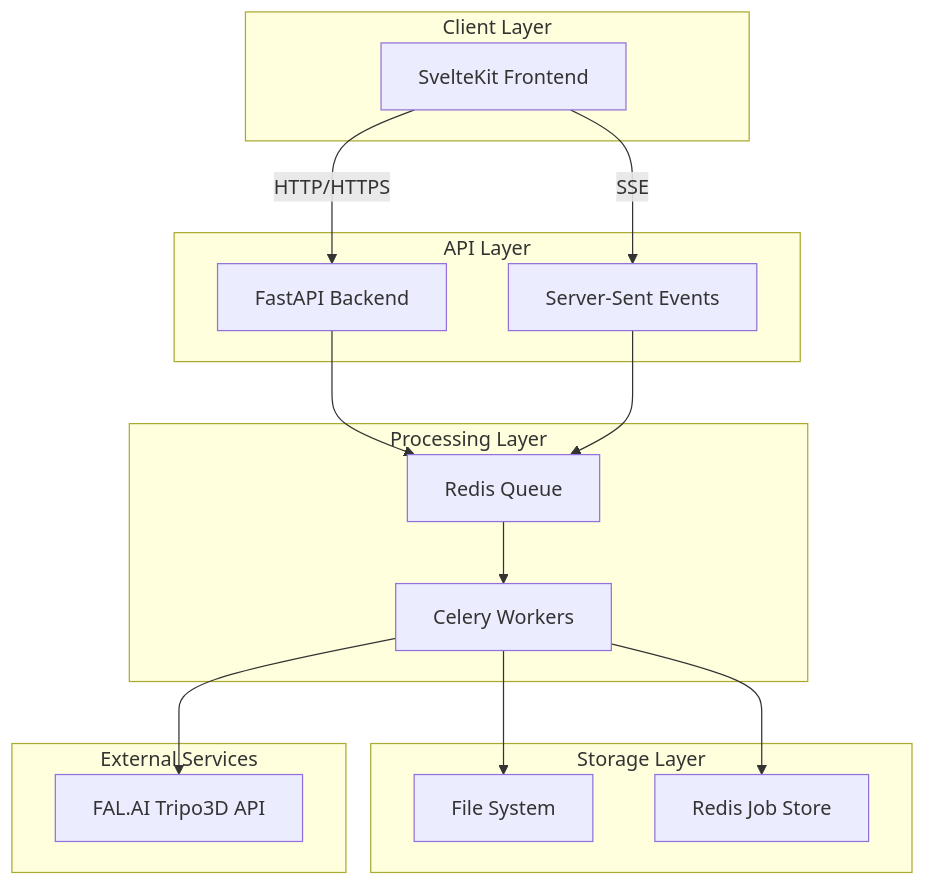
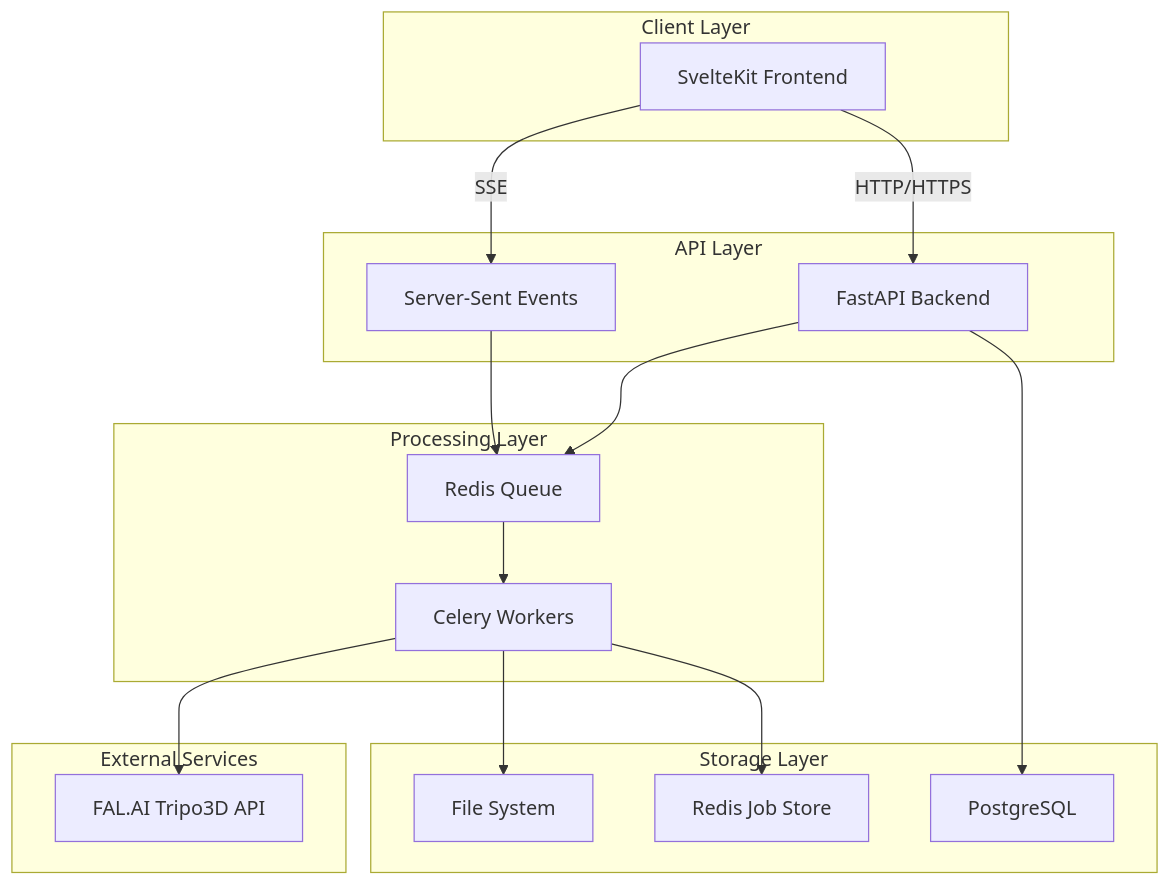
The first of 2 diagrams in docs/01-getting-started/architecture-overview.md (pranitl/image2model), drawn with Mermaid before and after one commit. The commit also changed other lines of this file and 5 other files, not shown here.

````diff
--- a/docs/01-getting-started/architecture-overview.md
+++ b/docs/01-getting-started/architecture-overview.md
@@ -29,34 +29,36 @@
 ```mermaid
 graph TB
     subgraph "Client Layer"
         UI[SvelteKit Frontend]
     end
     
     subgraph "API Layer"
         API[FastAPI Backend]
         SSE[Server-Sent Events]
     end
     
     subgraph "Processing Layer"
         Queue[Redis Queue]
         Worker[Celery Workers]
     end
     
     subgraph "Storage Layer"
         FileStore[File System]
         JobStore[Redis Job Store]
+        Database[PostgreSQL]
     end
     
     subgraph "External Services"
         FAL[FAL.AI Tripo3D API]
     end
     
     UI -->|HTTP/HTTPS| API
     UI -->|SSE| SSE
     API --> Queue
+    API --> Database
     Queue --> Worker
     Worker --> FAL
     Worker --> FileStore
     Worker --> JobStore
     SSE --> Queue
 ```
````
